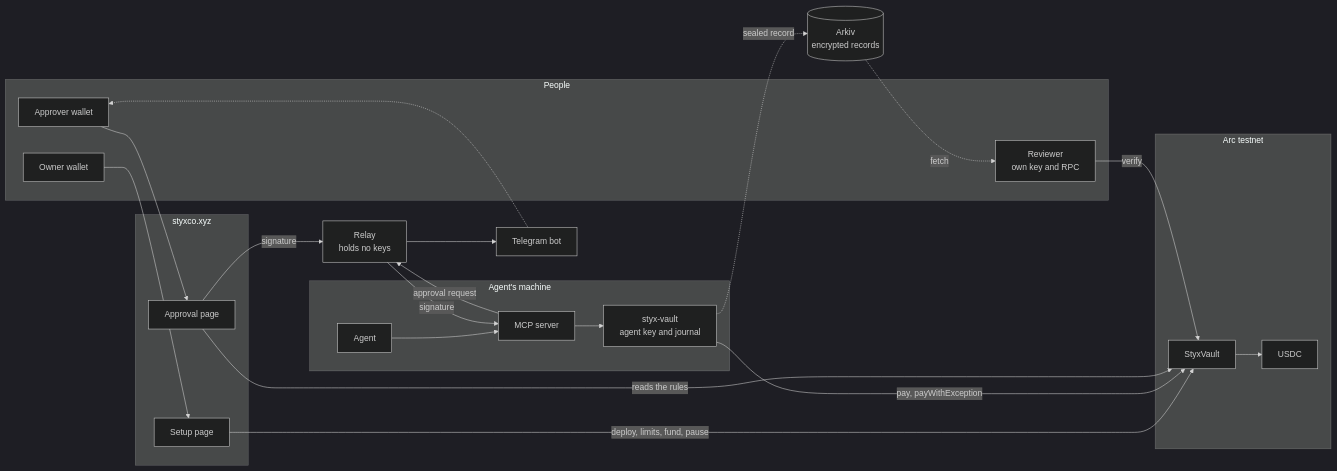
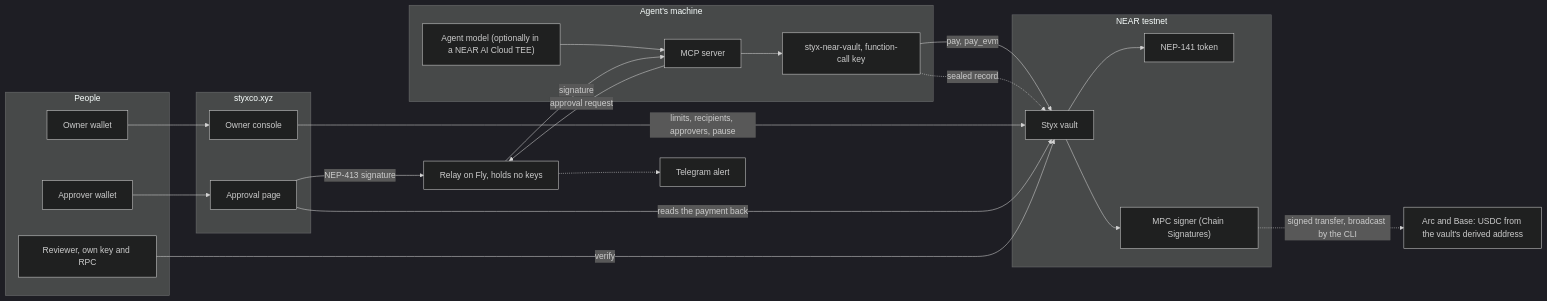
One commit to PoulavBhowmick03/Styx changed the diagram in README.md. Above: the diagram before and after it, drawn with Mermaid (dark theme). The commit also changed other lines of this file and 12 other files, not shown here.

First line of the commit message:
docs: describe only the NEAR build and point CI and the site at it

````diff
--- a/README.md
+++ b/README.md
@@ -103,30 +67,29 @@
 ```mermaid
 flowchart LR
   subgraph People
     OW["Owner wallet"]
     AP["Approver wallet"]
-    RV["Reviewer<br/>own key and RPC"]
-  end
-  subgraph Site["styxco.xyz"]
-    SP["Setup page"]
-    PG["Approval page"]
+    RV["Reviewer, own key and RPC"]
   end
   subgraph Agent["Agent's machine"]
-    AG["Agent"] --> MCP["MCP server"] --> CLI["styx-vault<br/>agent key and journal"]
+    AG["Agent model (optionally in a NEAR AI Cloud TEE)"] --> MCP["MCP server"] --> CLI["styx-near-vault, function-call key"]
   end
-  RL["Relay<br/>holds no keys"]
-  TG["Telegram bot"]
-  subgraph Arc["Arc testnet"]
-    V["StyxVault"] --> U["USDC"]
+  RL["Relay on Fly, holds no keys"] -.-> TG["Telegram alert"]
+  subgraph Site["styxco.xyz"]
+    PG["Approval page"]
+    OC["Owner console"]
   end
-  AK[("Arkiv<br/>encrypted records")]
-
-  OW --> SP -->|"deploy, limits, fund, pause"| V
-  CLI -->|"pay, payWithException"| V
-  MCP -->|"approval request"| RL --> TG -.-> AP
-  AP --> PG -->|"signature"| RL -->|"signature"| MCP
-  PG -->|"reads the rules"| V
-  CLI -.->|"sealed record"| AK
-  AK -.->|"fetch"| RV
+  subgraph NEAR["NEAR testnet"]
+    V["Styx vault"] --> T["NEP-141 token"]
+    V --> MPC["MPC signer (Chain Signatures)"]
+  end
+  EVM["Arc and Base: USDC from the vault's derived address"]
+  OW --> OC -->|"limits, recipients, approvers, pause"| V
+  CLI -->|"pay, pay_evm"| V
+  MCP -->|"approval request"| RL
+  AP --> PG -->|"NEP-413 signature"| RL -->|"signature"| MCP
+  PG -->|"reads the payment back"| V
+  MPC -.->|"signed transfer, broadcast by the CLI"| EVM
+  CLI -.->|"sealed record"| V
   RV -->|"verify"| V
 ```
````
